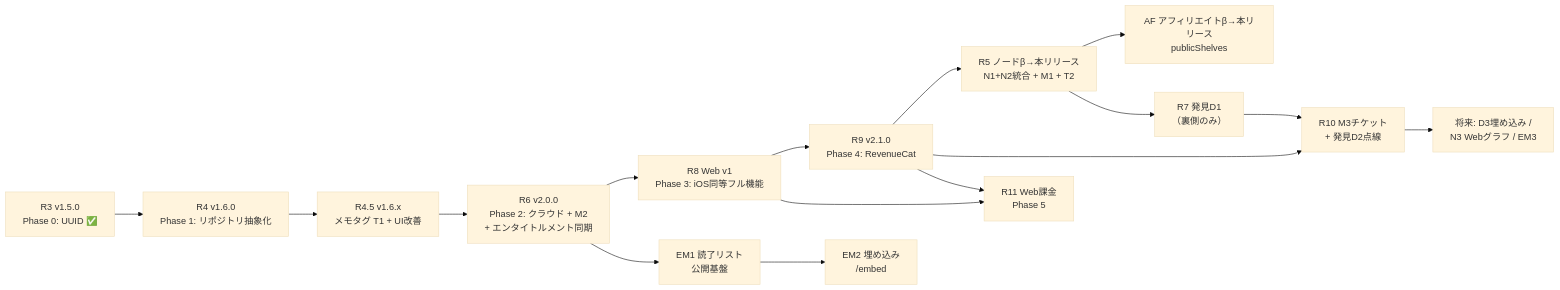
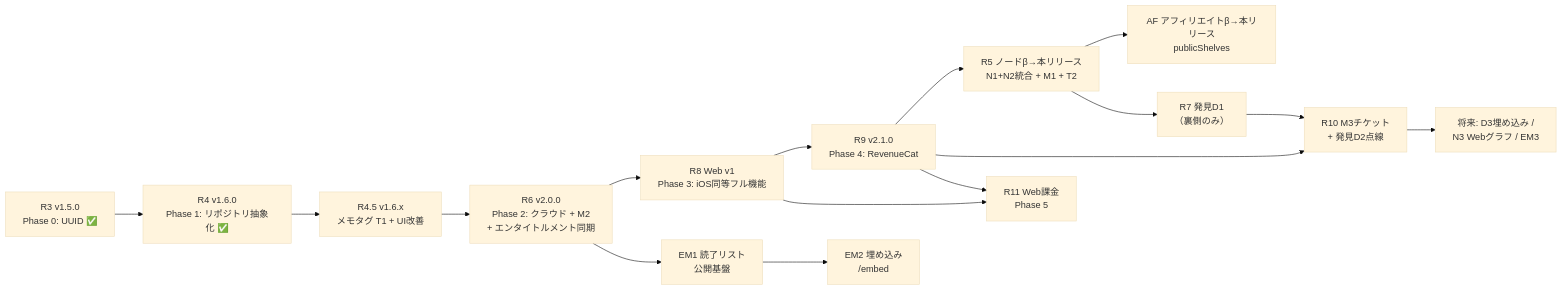
Before and after one commit to minayamahata/bookbank-100days-log: the diagram in docs/implementation-roadmap.md, drawn with Mermaid (base theme). The commit also changed other lines of this file and 1 other file, not shown here.

````diff
--- a/docs/implementation-roadmap.md
+++ b/docs/implementation-roadmap.md
@@ -26,17 +26,17 @@
 ```mermaid
 flowchart LR
-    R3[R3 v1.5.0<br/>Phase 0: UUID ✅] --> R4[R4 v1.6.0<br/>Phase 1: リポジトリ抽象化]
+    R3[R3 v1.5.0<br/>Phase 0: UUID ✅] --> R4[R4 v1.6.0<br/>Phase 1: リポジトリ抽象化 ✅]
     R4 --> R45[R4.5 v1.6.x<br/>メモタグ T1 + UI改善]
     R45 --> R6[R6 v2.0.0<br/>Phase 2: クラウド + M2<br/>+ エンタイトルメント同期]
     R6 --> R8[R8 Web v1<br/>Phase 3: iOS同等フル機能]
     R8 --> R9[R9 v2.1.0<br/>Phase 4: RevenueCat]
     R9 --> R5[R5 ノードβ→本リリース<br/>N1+N2統合 + M1 + T2]
     R5 --> AF[AF アフィリエイトβ→本リリース<br/>publicShelves]
     R5 --> R7[R7 発見D1<br/>（裏側のみ）]
     R7 --> R10[R10 M3チケット<br/>+ 発見D2点線]
     R9 --> R10
     R6 --> EM1[EM1 読了リスト<br/>公開基盤] --> EM2[EM2 埋め込み<br/>/embed]
     R8 --> R11[R11 Web課金<br/>Phase 5]
     R9 --> R11
     R10 --> F[将来: D3埋め込み /<br/>N3 Webグラフ / EM3]
 ```
````
